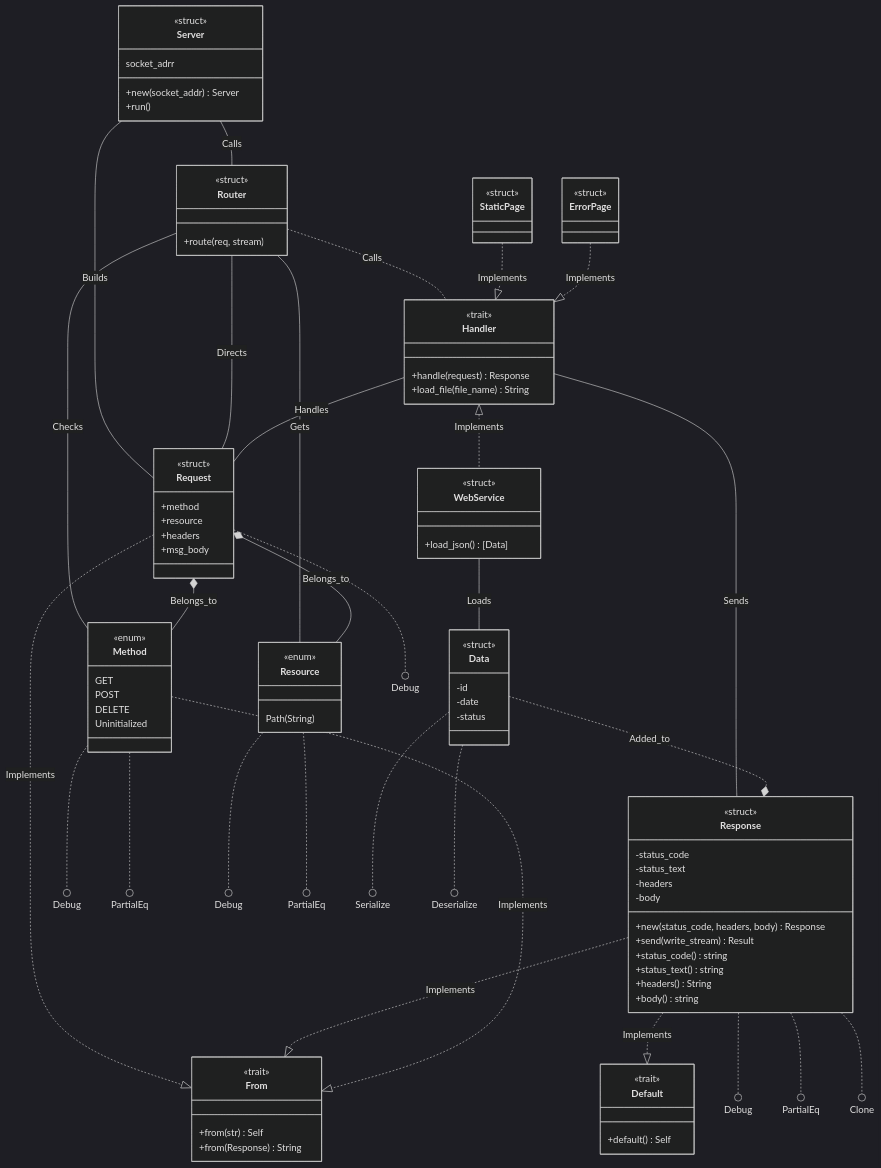
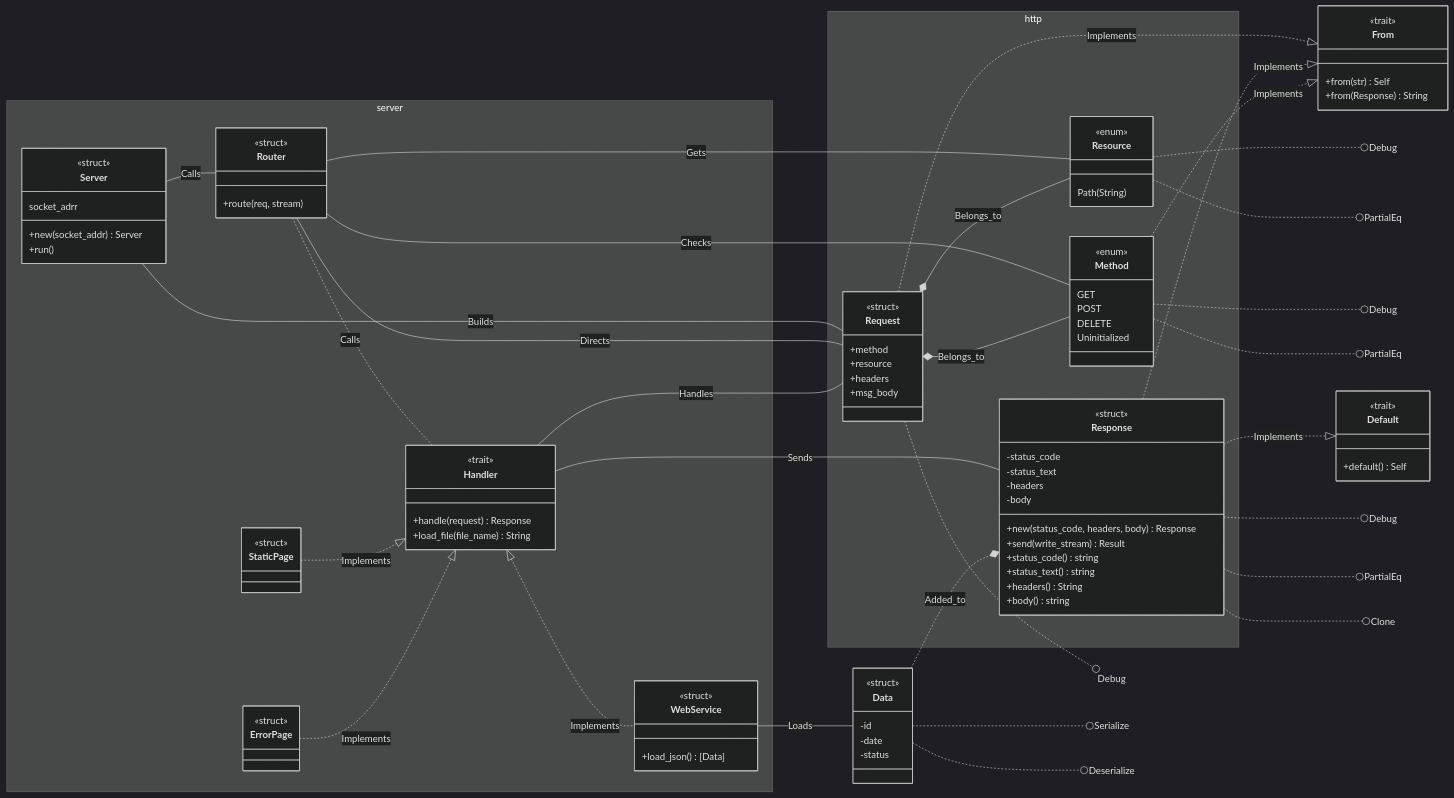
One commit to 8lkc/localhost changed the third of 4 diagrams in README.md. Above: the diagram before and after it, drawn with Mermaid (dark theme). The commit also changed other lines of this file and 8 other files, not shown here.

````diff
--- a/README.md
+++ b/README.md
@@ -193,11 +200,6 @@
 ```mermaid
 classDiagram
-
-class Handler {
-  <<trait>>
-  +handle(request) Response
-  +load_file(file_name) String
-}
+direction LR
 
 class From {
   <<trait>>
@@ -210,29 +212,40 @@
   +default() Self
 }
 
-class Server {
-  <<struct>>
-  socket_adrr
-  +new(socket_addr) Server
-  +run()
+namespace server {
+  class Handler {
+    <<trait>>
+    +handle(request) Response
+    +load_file(file_name) String
+  }
+
+  class Server {
+    <<struct>>
+    socket_adrr
+    +new(socket_addr) Server
+    +run()
+  }
+
+  class Router {
+    <<struct>>
+    +route(req, stream) 
+  }
+
+  class WebService {
+    <<struct>>
+    +load_json() [Data]
+  }
+
+  class StaticPage {
+    <<struct>>
+  }
+
+  class ErrorPage {
+    <<struct>>
+  }
 }
 
-class Router {
-  <<struct>>
-  +route(req, stream) 
-}
-
-class WebService {
-  <<struct>>
-  +load_json() [Data]
-}
-
-class StaticPage
-<<struct>> StaticPage
-
-class ErrorPage
-<<struct>> ErrorPage
-
+namespace http {
 class Request {
   <<struct>>
   +method
@@ -266,6 +279,7 @@
   +status_text() string
   +headers() String
   +body() string
+}
 }
 
 class Data {
````
